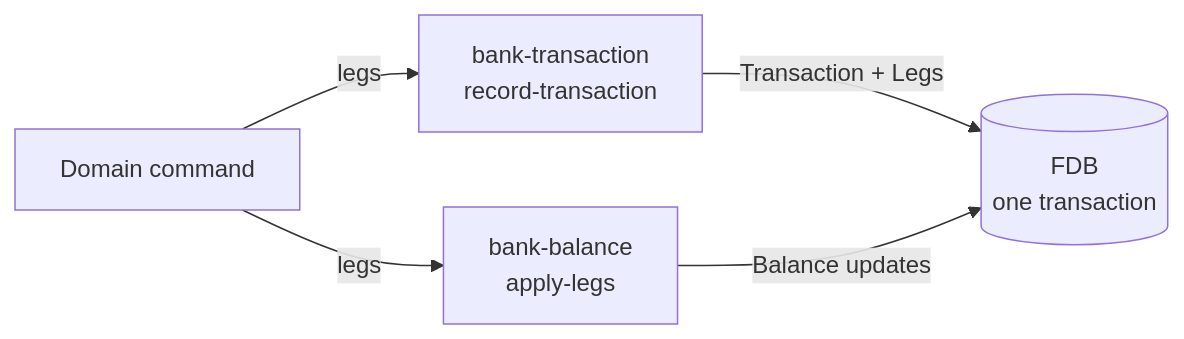
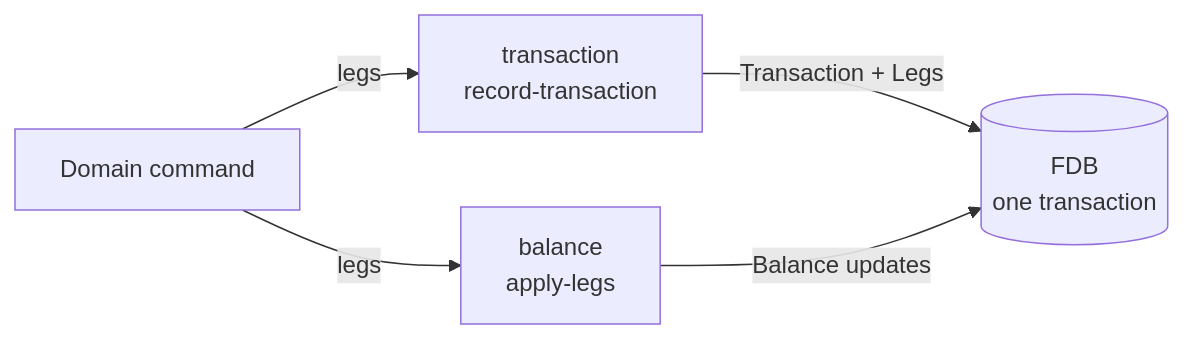
The diagram in docs/tdd/transactions-and-balances.md (kjothen/queenswood), drawn with Mermaid before and after one commit. The commit also changed other lines of this file and 51 other files, not shown here.

````diff
--- a/docs/tdd/transactions-and-balances.md
+++ b/docs/tdd/transactions-and-balances.md
@@ -73,12 +73,12 @@
 ```mermaid
 graph LR
     CMD[Domain command]
-    TX["bank-transaction<br/>record-transaction"]
-    BAL["bank-balance<br/>apply-legs"]
+    TX["transaction<br/>record-transaction"]
+    BAL["balance<br/>apply-legs"]
     FDB[("FDB<br/>one transaction")]
 
     CMD -->|legs| TX
     CMD -->|legs| BAL
     TX -->|Transaction + Legs| FDB
     BAL -->|Balance updates| FDB
 ```
````
